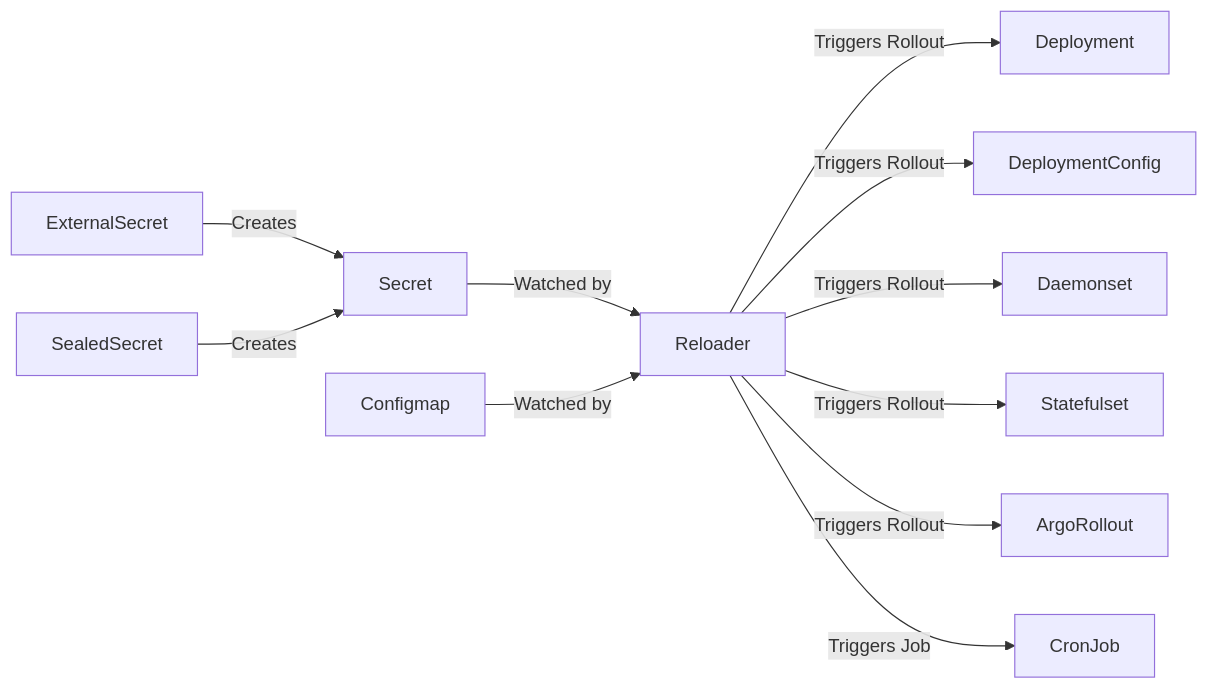
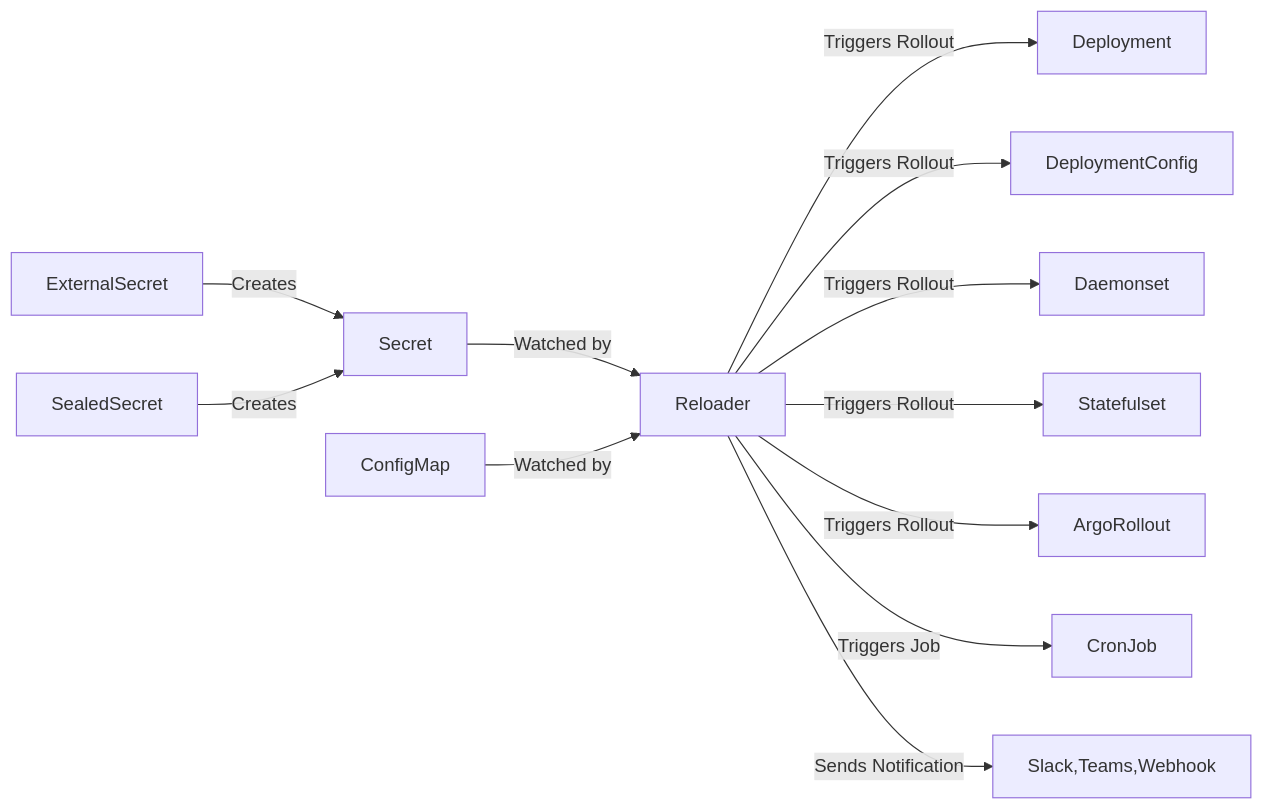
Before and after one commit to stakater/Reloader: the diagram in README.md, drawn with Mermaid. The commit also changed other lines of this file and 6 other files, not shown here.

````diff
--- a/README.md
+++ b/README.md
@@ -32,14 +31,15 @@
 ```mermaid
 flowchart LR
   ExternalSecret -->|Creates| Secret
   SealedSecret -->|Creates| Secret
   Secret -->|Watched by| Reloader
-  Configmap -->|Watched by| Reloader
+  ConfigMap -->|Watched by| Reloader
 
   Reloader -->|Triggers Rollout| Deployment
   Reloader -->|Triggers Rollout| DeploymentConfig
   Reloader -->|Triggers Rollout| Daemonset
   Reloader -->|Triggers Rollout| Statefulset
   Reloader -->|Triggers Rollout| ArgoRollout
   Reloader -->|Triggers Job| CronJob
+  Reloader -->|Sends Notification| Slack,Teams,Webhook
 ```
````
